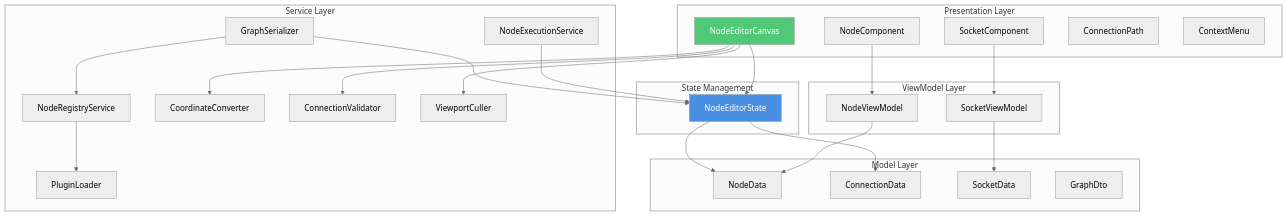
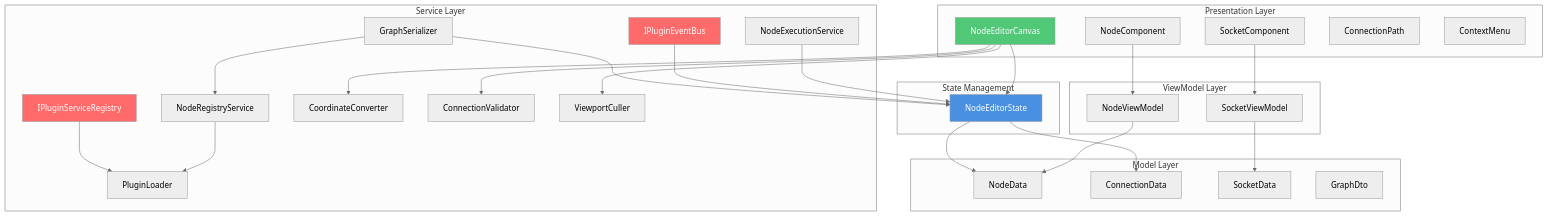
The first of 17 diagrams in NodeEditor.Blazor/docs/Architecture.md (Johnny2x2/NodeEditor.Net), drawn with Mermaid (neutral theme) before and after one commit. The commit also changed other lines of this file and 7 other files, not shown here.

````diff
--- a/NodeEditor.Blazor/docs/Architecture.md
+++ b/NodeEditor.Blazor/docs/Architecture.md
@@ -24,58 +25,64 @@
 ```mermaid
 graph TB
     subgraph "Presentation Layer"
         Canvas[NodeEditorCanvas]
         NodeComp[NodeComponent]
         SocketComp[SocketComponent]
         ConnPath[ConnectionPath]
         ContextMenu[ContextMenu]
     end
     
     subgraph "ViewModel Layer"
         NodeVM[NodeViewModel]
         SocketVM[SocketViewModel]
     end
     
     subgraph "State Management"
         State[NodeEditorState]
     end
     
     subgraph "Service Layer"
         Registry[NodeRegistryService]
         Execution[NodeExecutionService]
         Serializer[GraphSerializer]
         PluginLoader[PluginLoader]
+        PluginEvents[IPluginEventBus]
+        PluginServices[IPluginServiceRegistry]
         CoordConv[CoordinateConverter]
         ConnValid[ConnectionValidator]
         ViewCull[ViewportCuller]
     end
     
     subgraph "Model Layer"
         NodeData[NodeData]
         ConnectionData[ConnectionData]
         SocketData[SocketData]
         GraphDto[GraphDto]
     end
     
     Canvas --> State
     Canvas --> CoordConv
     Canvas --> ConnValid
     Canvas --> ViewCull
     
     NodeComp --> NodeVM
     SocketComp --> SocketVM
     
     NodeVM --> NodeData
     SocketVM --> SocketData
     
     State --> NodeData
     State --> ConnectionData
     
     Execution --> State
     Registry --> PluginLoader
+    PluginServices --> PluginLoader
+    PluginEvents --> State
     Serializer --> Registry
     Serializer --> State
     
     style State fill:#4a90e2,color:#fff
     style Canvas fill:#50c878,color:#fff
+    style PluginEvents fill:#ff6b6b,color:#fff
+    style PluginServices fill:#ff6b6b,color:#fff
 ```
````
